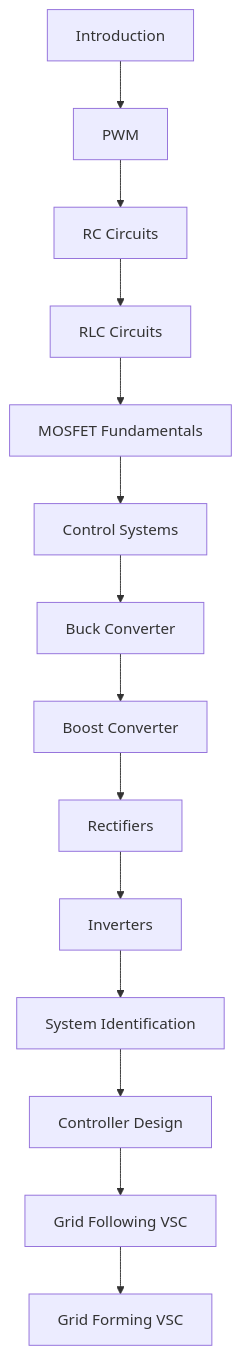
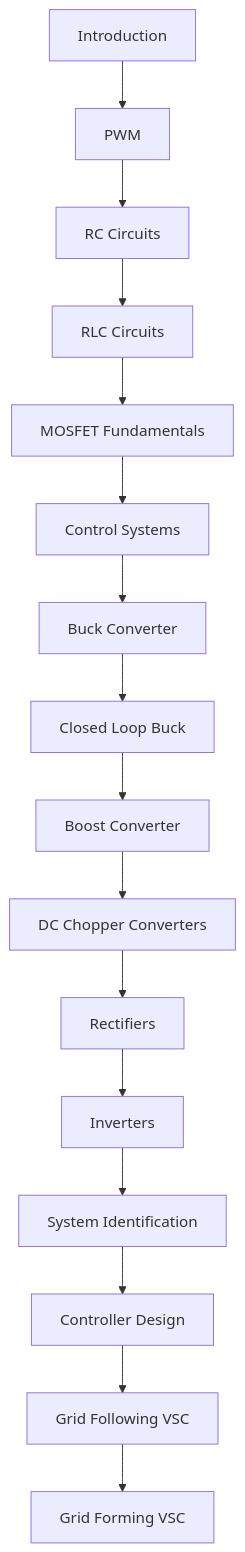
Before and after one commit to jaimetriv/power-electronics-and-control-training: the diagram in docs/index.md, drawn with Mermaid. The commit also changed 25 other files, not shown here.

````diff
--- a/docs/index.md
+++ b/docs/index.md
@@ -37,30 +37,34 @@
 ```mermaid
 flowchart TD
 
 A[Introduction]
 --> B[PWM]
 
 B --> C[RC Circuits]
 
 C --> D[RLC Circuits]
 
 D --> E[MOSFET Fundamentals]
 
 E --> F[Control Systems]
 
 F --> G[Buck Converter]
 
-G --> H[Boost Converter]
+G --> H[Closed Loop Buck]
 
-H --> I[Rectifiers]
+H --> I[Boost Converter]
 
-I --> J[Inverters]
+I --> J[DC Chopper Converters]
 
-J --> K[System Identification]
+J --> K[Rectifiers]
 
-K --> L[Controller Design]
+K --> L[Inverters]
 
-L --> M[Grid Following VSC]
+L --> M[System Identification]
 
-M --> N[Grid Forming VSC]
+M --> N[Controller Design]
+
+N --> O[Grid Following VSC]
+
+O --> P[Grid Forming VSC]
 ```
````
